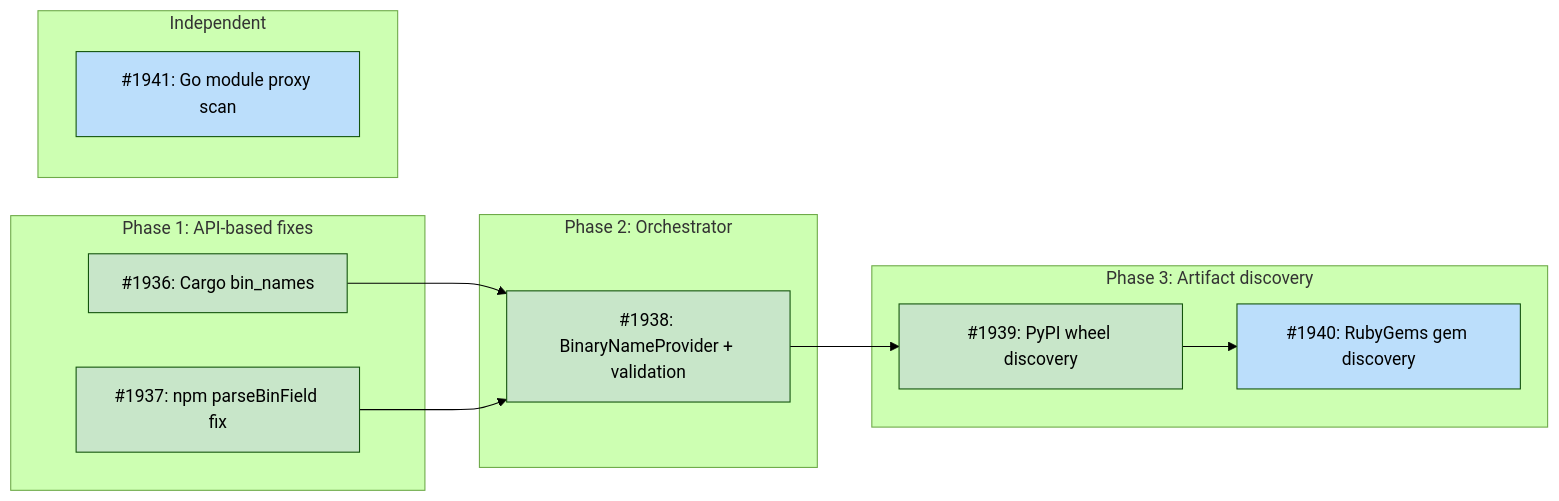
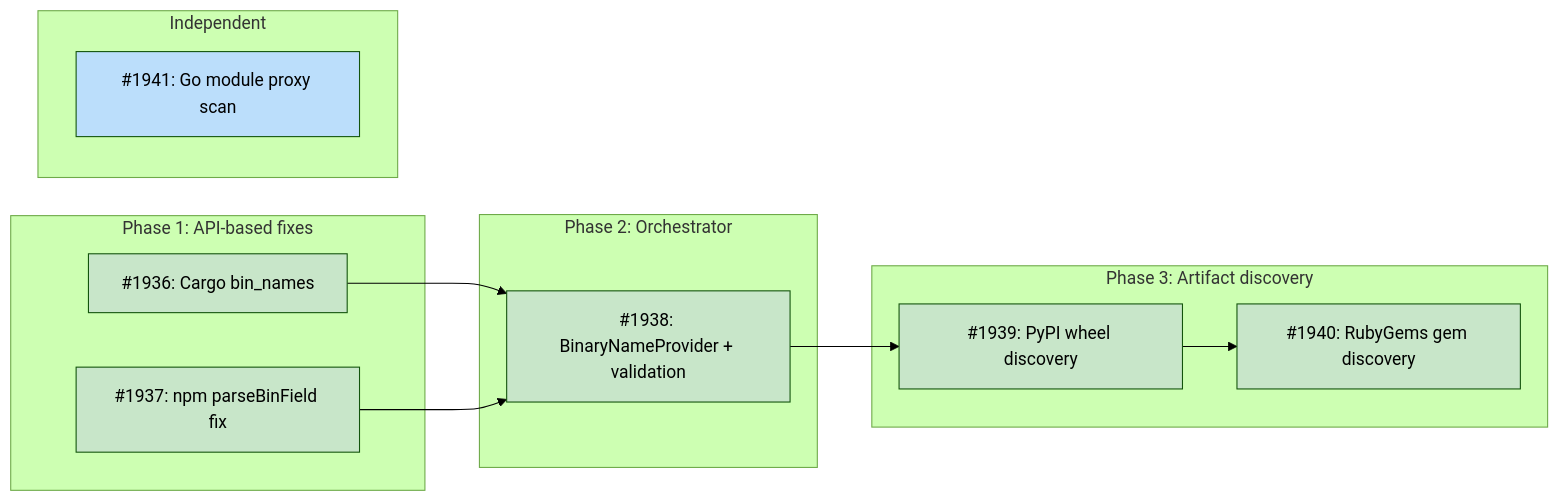
The diagram in docs/designs/DESIGN-binary-name-discovery.md (tsukumogami/tsuku), drawn with Mermaid (forest theme) before and after one commit. The commit also changed other lines of this file and 2 other files, not shown here.

Commit message:
docs: mark #1940 complete in design doc

````diff
--- a/docs/designs/DESIGN-binary-name-discovery.md
+++ b/docs/designs/DESIGN-binary-name-discovery.md
@@ -55,34 +55,34 @@
 ```mermaid
 graph LR
     subgraph Phase1["Phase 1: API-based fixes"]
         I1936["#1936: Cargo bin_names"]
         I1937["#1937: npm parseBinField fix"]
     end
 
     subgraph Phase2["Phase 2: Orchestrator"]
         I1938["#1938: BinaryNameProvider + validation"]
     end
 
     subgraph Phase3["Phase 3: Artifact discovery"]
         I1939["#1939: PyPI wheel discovery"]
         I1940["#1940: RubyGems gem discovery"]
     end
 
     subgraph Independent["Independent"]
         I1941["#1941: Go module proxy scan"]
     end
 
     I1936 --> I1938
     I1937 --> I1938
     I1938 --> I1939
     I1939 --> I1940
 
     classDef done fill:#c8e6c9
     classDef ready fill:#bbdefb
     classDef blocked fill:#fff9c4
     classDef needsDesign fill:#e1bee7
     classDef tracksDesign fill:#FFE0B2,stroke:#F57C00,color:#000
 
-    class I1936,I1937,I1938,I1939 done
-    class I1940,I1941 ready
+    class I1936,I1937,I1938,I1939,I1940 done
+    class I1941 ready
 ```
````
